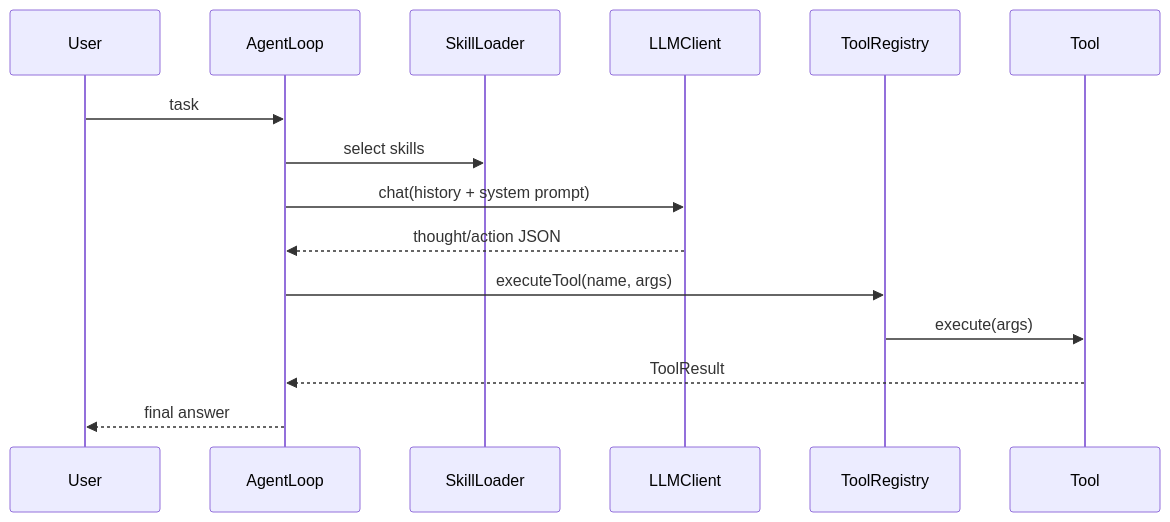
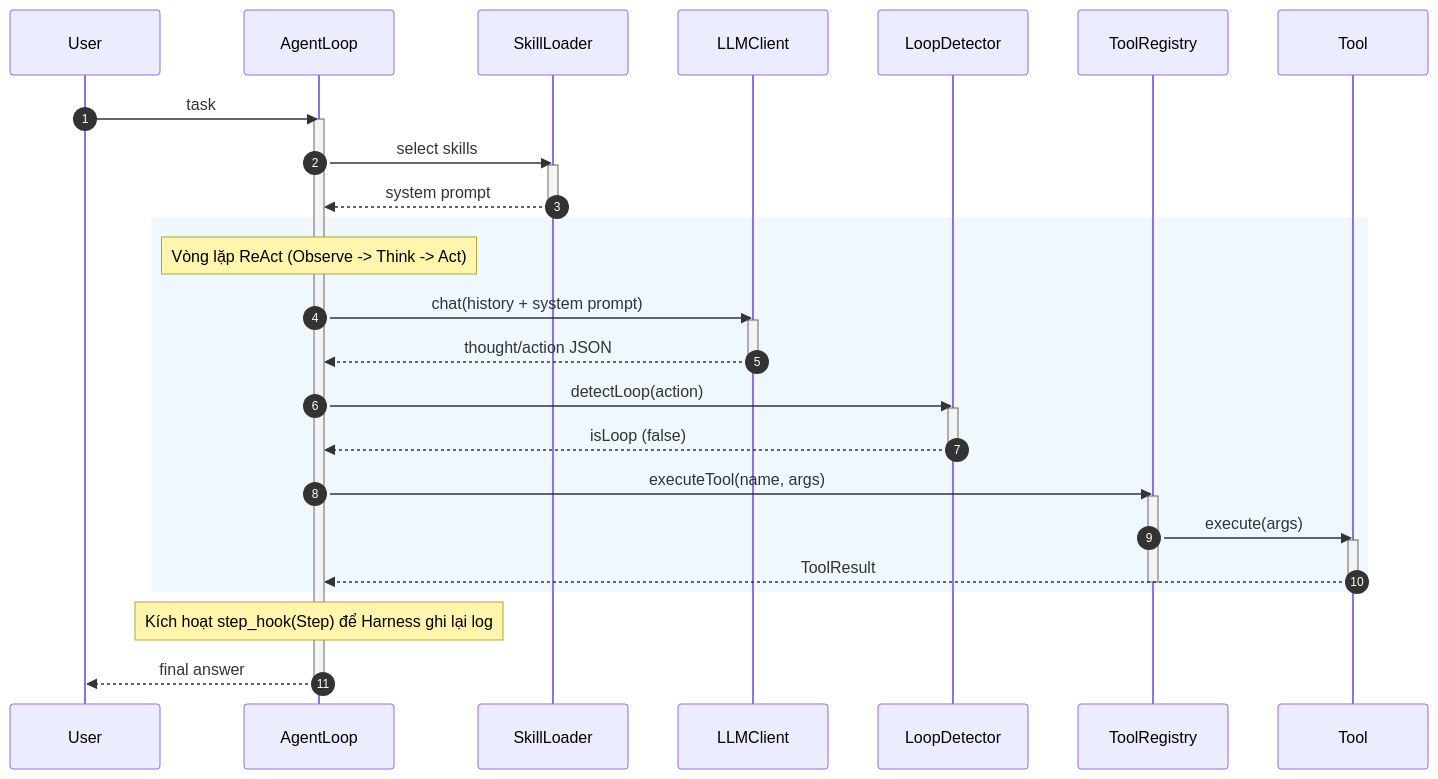
One commit to Phuoc-IT-2106/OOP---Project changed the diagram in docs/sequence-agent-run.mmd. Above: the diagram before and after it, drawn with Mermaid.

```diff
--- a/docs/sequence-agent-run.mmd
+++ b/docs/sequence-agent-run.mmd
@@ -1,16 +1,48 @@
 sequenceDiagram
+    autonumber
     participant User
     participant AgentLoop
     participant SkillLoader
     participant LLMClient
+    participant LoopDetector
     participant ToolRegistry
     participant Tool
 
     User->>AgentLoop: task
+    activate AgentLoop
+    
+    %% Tầng Skill System
     AgentLoop->>SkillLoader: select skills
-    AgentLoop->>LLMClient: chat(history + system prompt)
-    LLMClient-->>AgentLoop: thought/action JSON
-    AgentLoop->>ToolRegistry: executeTool(name, args)
-    ToolRegistry->>Tool: execute(args)
-    Tool-->>AgentLoop: ToolResult
+    activate SkillLoader
+    SkillLoader-->>AgentLoop: system prompt
+    deactivate SkillLoader
+
+    %% Vòng lặp ReAct
+    rect rgb(240, 248, 255)
+        Note over AgentLoop: Vòng lặp ReAct (Observe -> Think -> Act)
+        
+        AgentLoop->>LLMClient: chat(history + system prompt)
+        activate LLMClient
+        LLMClient-->>AgentLoop: thought/action JSON
+        deactivate LLMClient
+
+        %% Phát hiện Loop bắt buộc theo đặc tả đồ án
+        AgentLoop->>LoopDetector: detectLoop(action)
+        activate LoopDetector
+        LoopDetector-->>AgentLoop: isLoop (false)
+        deactivate LoopDetector
+
+        AgentLoop->>ToolRegistry: executeTool(name, args)
+        activate ToolRegistry
+        
+        ToolRegistry->>Tool: execute(args)
+        activate Tool
+        Tool-->>AgentLoop: ToolResult
+        deactivate Tool
+        
+        deactivate ToolRegistry
+    end
+    
+    Note over AgentLoop: Kích hoạt step_hook(Step) để Harness ghi lại log
     AgentLoop-->>User: final answer
+    deactivate AgentLoop
```
